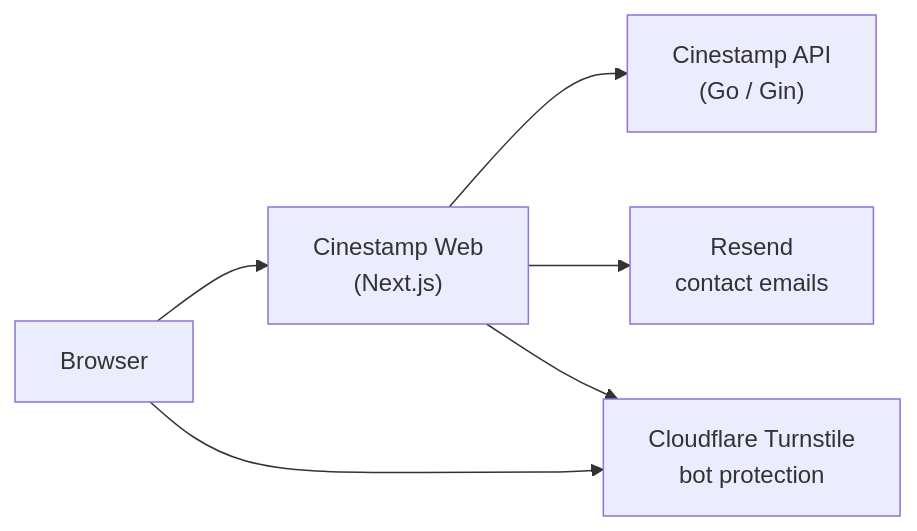
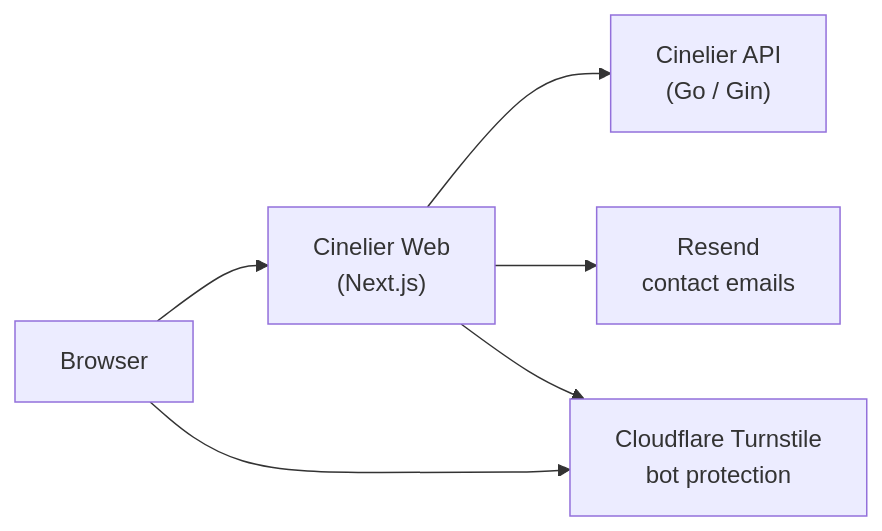
The diagram in README.md (masaya-nishimura-09/movie-log), drawn with Mermaid before and after one commit. The commit also changed other lines of this file and 11 other files, not shown here.

````diff
--- a/README.md
+++ b/README.md
@@ -41,8 +41,8 @@
 ```mermaid
 flowchart LR
-    browser["Browser"] --> web["Cinestamp Web<br/>(Next.js)"]
-    web --> api["Cinestamp API<br/>(Go / Gin)"]
+    browser["Browser"] --> web["Cinelier Web<br/>(Next.js)"]
+    web --> api["Cinelier API<br/>(Go / Gin)"]
     web --> resend["Resend<br/>contact emails"]
     web --> turnstile["Cloudflare Turnstile<br/>bot protection"]
     browser --> turnstile
 ```
````
